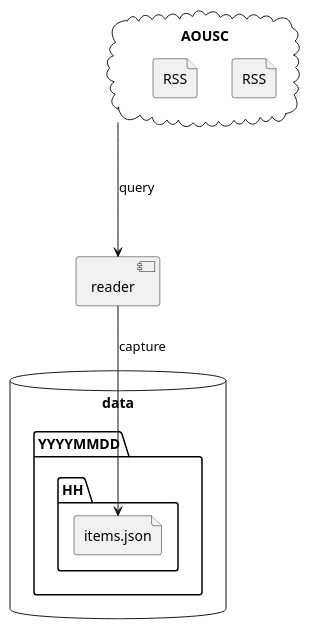
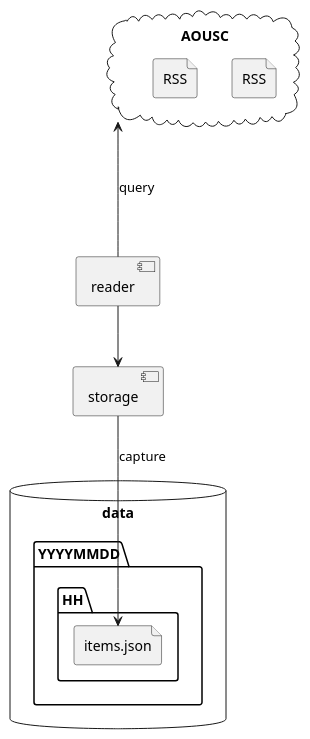
The fourth of 12 diagrams in docs/components.rst (slott56/FeederReader), drawn with PlantUML before and after one commit. The commit also changed other lines of this file and 57 other files, not shown here.

```diff
--- a/docs/components.rst
+++ b/docs/components.rst
@@ -91,23 +144,25 @@
 ..  plantuml::
 
     @startuml
 
     component reader
+    component storage
 
     cloud AOUSC {
         file RSS
         file r2 as "RSS"
     }
 
     database data {
         folder YYYYMMDD {
             folder HH {
                 file items.json
             }
         }
     }
 
-    AOUSC ---> reader : "query"
-    reader --> items.json : "capture"
+    AOUSC <--- reader : "query"
+    reader --> storage
+    storage --> items.json : "capture"
 
     @enduml
```
